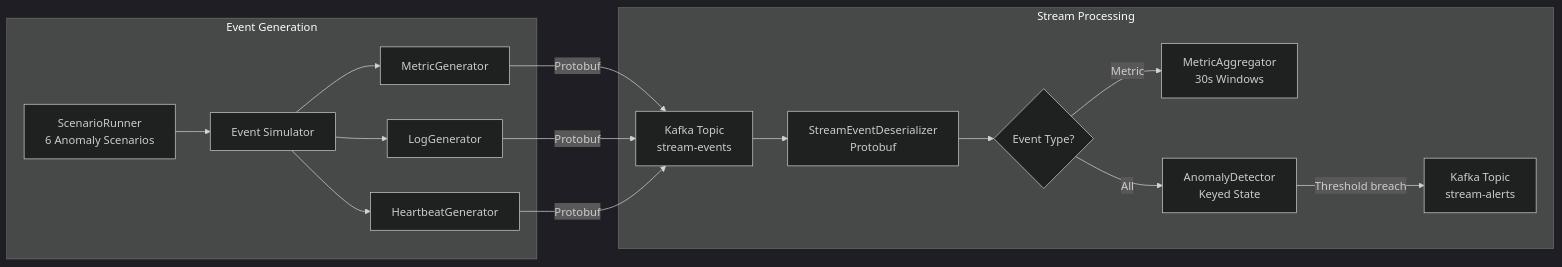
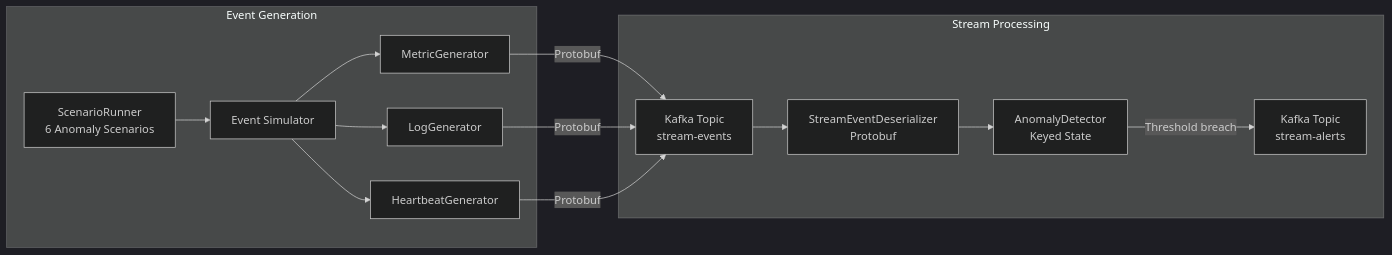
One commit to atomicdragonranch/streamops-agent changed the fourth of 7 diagrams in README.md. Above: the diagram before and after it, drawn with Mermaid (dark theme). The commit also changed other lines of this file, not shown here.

Commit message:
docs: remove deleted MetricAggregator from README diagrams (#79)
The architecture + stream-processing mermaid diagrams still showed a
MetricAggregator ("30s tumbling windows") node, but that class was removed when
the AnomalyDetector took over detection directly (static-threshold + EWMA
baseline, keyed state). Drop the stale MA/AGG/SPLIT nodes and reconnect the flow:
Flink processor -> AnomalyDetector, and deserializer -> AnomalyDetector. Docs now
match the code.

Claude-Session: https://claude.ai/code/session_01UqLtgdPqeyVM8a1rhtJHit

````diff
--- a/README.md
+++ b/README.md
@@ -123,28 +121,24 @@
 ```mermaid
 flowchart LR
     subgraph "Event Generation"
         SIM[Event Simulator]
         MG[MetricGenerator]
         LG[LogGenerator]
         HG[HeartbeatGenerator]
         SR[ScenarioRunner<br/>6 Anomaly Scenarios]
     end
 
     subgraph "Stream Processing"
         KT[Kafka Topic<br/>stream-events]
         DESER[StreamEventDeserializer<br/>Protobuf]
-        SPLIT{Event Type?}
-        AGG[MetricAggregator<br/>30s Windows]
         DET[AnomalyDetector<br/>Keyed State]
         ALERT[Kafka Topic<br/>stream-alerts]
     end
 
     SIM --> MG & LG & HG
     SR --> SIM
     MG & LG & HG -->|Protobuf| KT
     KT --> DESER
-    DESER --> SPLIT
-    SPLIT -->|Metric| AGG
-    SPLIT -->|All| DET
+    DESER --> DET
     DET -->|Threshold breach| ALERT
 ```
````
